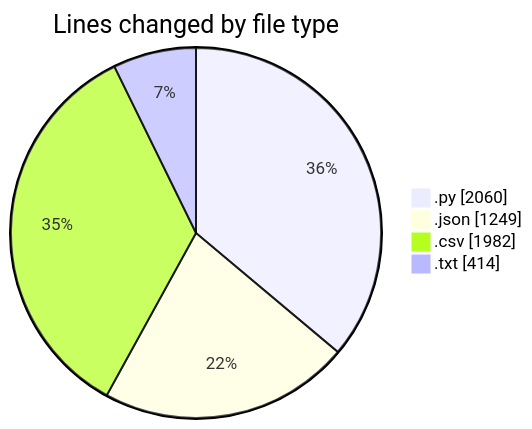
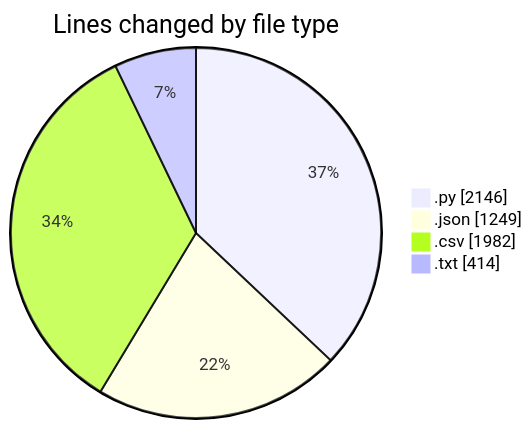
Before and after one commit to EIIisD/code-tracking: the first of 2 diagrams in 2025-07-28/refunds/README.md, drawn with Mermaid. The commit also changed other lines of this file and 1 other file, not shown here.

````diff
--- a/2025-07-28/refunds/README.md
+++ b/2025-07-28/refunds/README.md
@@ -25,8 +25,8 @@
 ```mermaid
 pie showData
 title Lines changed by file type
-".py" : 2060
+".py" : 2146
 ".json" : 1249
 ".csv" : 1982
 ".txt" : 414
 ```
````
